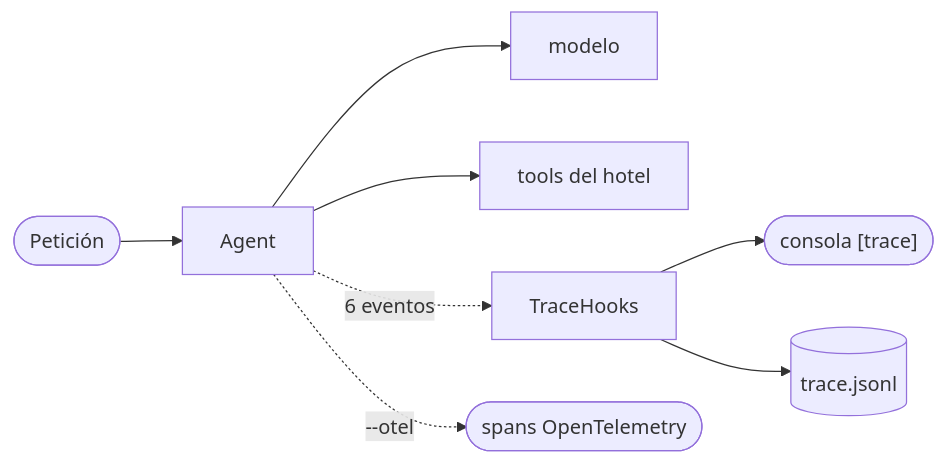
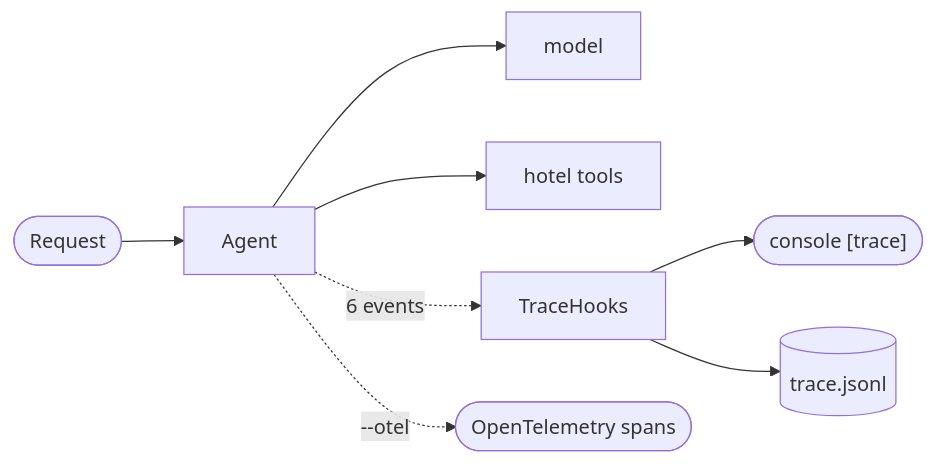
Before and after one commit to eider404/agent-architectures: the diagram in strands-agents/10-observable-agent/README.md, drawn with Mermaid. The commit also changed other lines of this file and 13 other files, not shown here.

````diff
--- a/strands-agents/10-observable-agent/README.md
+++ b/strands-agents/10-observable-agent/README.md
@@ -14,10 +14,10 @@
 ```mermaid
 flowchart LR
-    U(["Petición"]) --> A["Agent"]
-    A --> M["modelo"]
-    A --> T["tools del hotel"]
-    A -. "6 eventos" .-> H["TraceHooks"]
-    H --> C(["consola [trace]"])
+    U(["Request"]) --> A["Agent"]
+    A --> M["model"]
+    A --> T["hotel tools"]
+    A -. "6 events" .-> H["TraceHooks"]
+    H --> C(["console [trace]"])
     H --> J[("trace.jsonl")]
-    A -. "--otel" .-> O(["spans OpenTelemetry"])
+    A -. "--otel" .-> O(["OpenTelemetry spans"])
 ```
````
